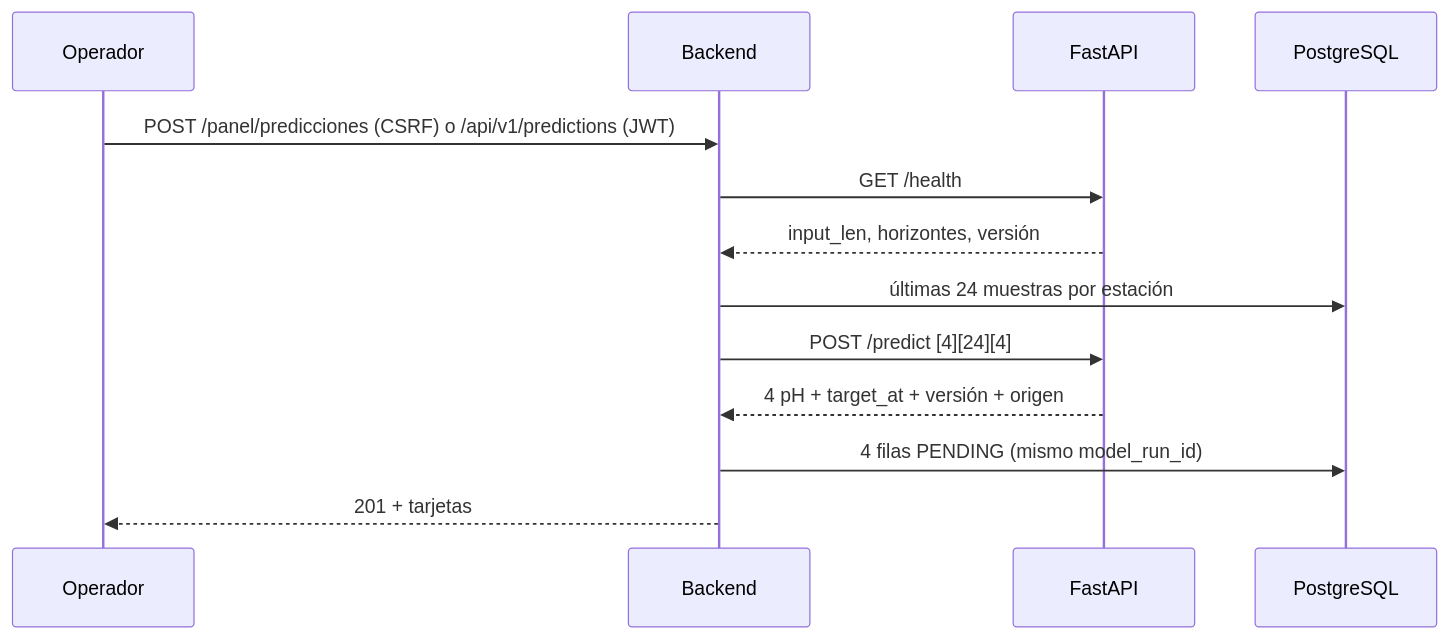
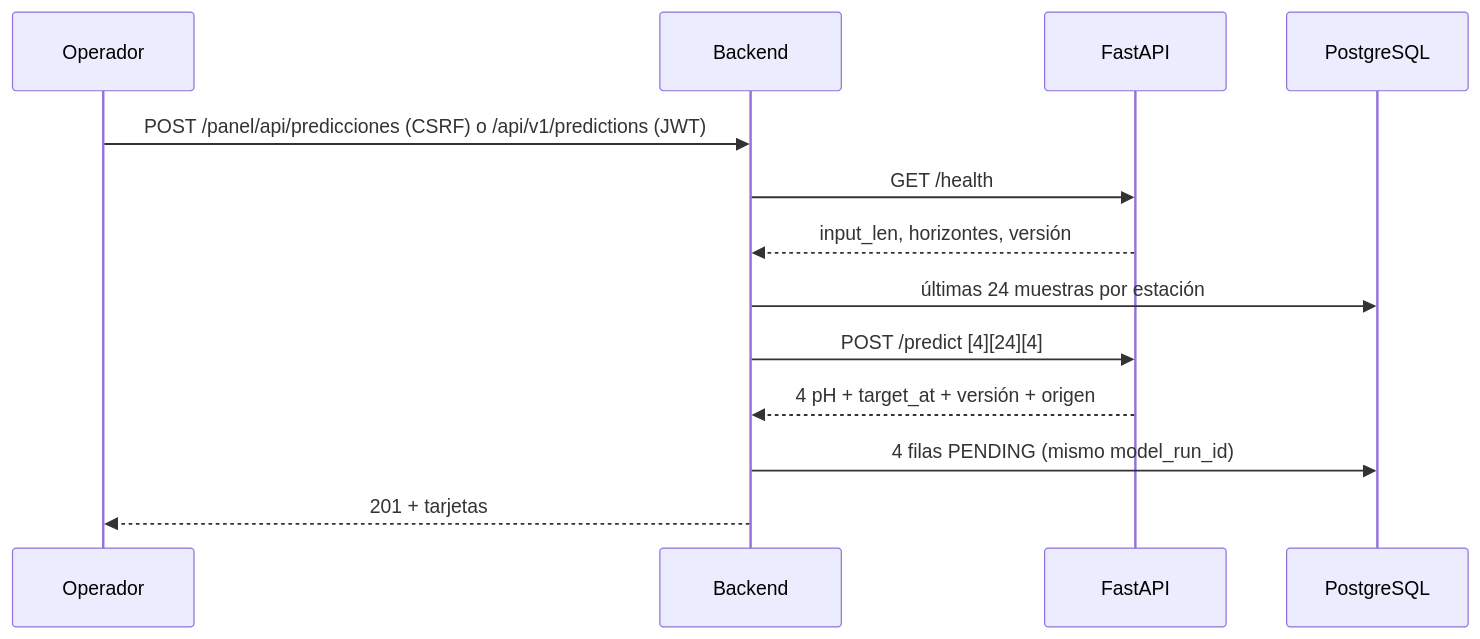
Before and after one commit to 46855344-ux/tesis-laguna-paca: the fourth of 5 diagrams in docs/SDD/06-arquitectura.md, drawn with Mermaid. The commit also changed other lines of this file and 96 other files, not shown here.

````diff
--- a/docs/SDD/06-arquitectura.md
+++ b/docs/SDD/06-arquitectura.md
@@ -151,16 +168,16 @@
 ```mermaid
 sequenceDiagram
     participant U as Operador
     participant B as Backend
     participant I as FastAPI
     participant D as PostgreSQL
 
-    U->>B: POST /panel/predicciones (CSRF) o /api/v1/predictions (JWT)
+    U->>B: POST /panel/api/predicciones (CSRF) o /api/v1/predictions (JWT)
     B->>I: GET /health
     I-->>B: input_len, horizontes, versión
     B->>D: últimas 24 muestras por estación
     B->>I: POST /predict [4][24][4]
     I-->>B: 4 pH + target_at + versión + origen
     B->>D: 4 filas PENDING (mismo model_run_id)
     B-->>U: 201 + tarjetas
 ```
````
